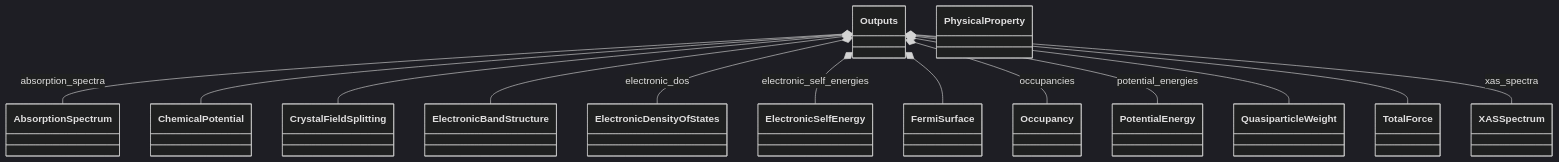
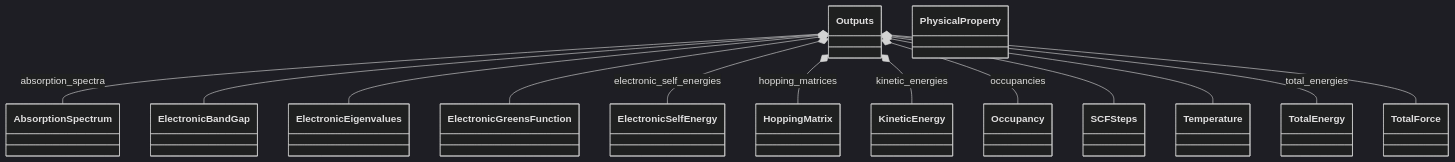
The first of 2 diagrams in docs/schema/outputs.diagram.md (FAIRmat-NFDI/nomad-simulations), drawn with Mermaid (dark theme) before and after one commit. The commit also changed 10 other files, not shown here.

````diff
--- a/docs/schema/outputs.diagram.md
+++ b/docs/schema/outputs.diagram.md
@@ -14,43 +14,43 @@
 ```mermaid
 classDiagram
     class AbsorptionSpectrum {
     }
-    class ChemicalPotential {
+    class ElectronicBandGap {
     }
-    class CrystalFieldSplitting {
+    class ElectronicEigenvalues {
     }
-    class ElectronicBandStructure {
-    }
-    class ElectronicDensityOfStates {
+    class ElectronicGreensFunction {
     }
     class ElectronicSelfEnergy {
     }
-    class FermiSurface {
+    class HoppingMatrix {
+    }
+    class KineticEnergy {
     }
     class Occupancy {
     }
     class Outputs {
     }
     class PhysicalProperty {
     }
-    class PotentialEnergy {
+    class SCFSteps {
     }
-    class QuasiparticleWeight {
+    class Temperature {
+    }
+    class TotalEnergy {
     }
     class TotalForce {
     }
-    class XASSpectrum {
-    }
     Outputs *-- AbsorptionSpectrum : absorption_spectra
-    Outputs *-- ChemicalPotential
-    Outputs *-- CrystalFieldSplitting
-    Outputs *-- ElectronicBandStructure
-    Outputs *-- ElectronicDensityOfStates : electronic_dos
+    Outputs *-- ElectronicBandGap
+    Outputs *-- ElectronicEigenvalues
+    Outputs *-- ElectronicGreensFunction
     Outputs *-- ElectronicSelfEnergy : electronic_self_energies
-    Outputs *-- FermiSurface
+    Outputs *-- HoppingMatrix : hopping_matrices
+    Outputs *-- KineticEnergy : kinetic_energies
     Outputs *-- Occupancy : occupancies
-    Outputs *-- PotentialEnergy : potential_energies
-    Outputs *-- QuasiparticleWeight
+    Outputs *-- SCFSteps
+    Outputs *-- Temperature
+    Outputs *-- TotalEnergy : total_energies
     Outputs *-- TotalForce
-    Outputs *-- XASSpectrum : xas_spectra
 ```
````
